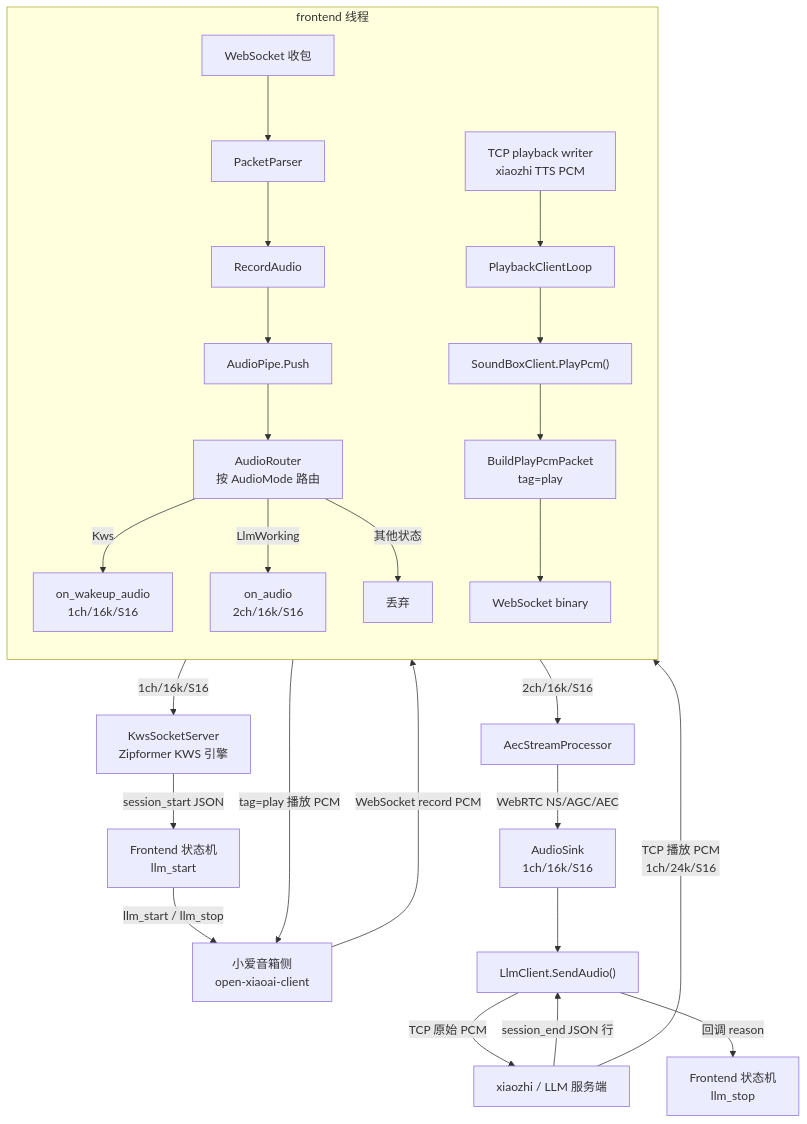
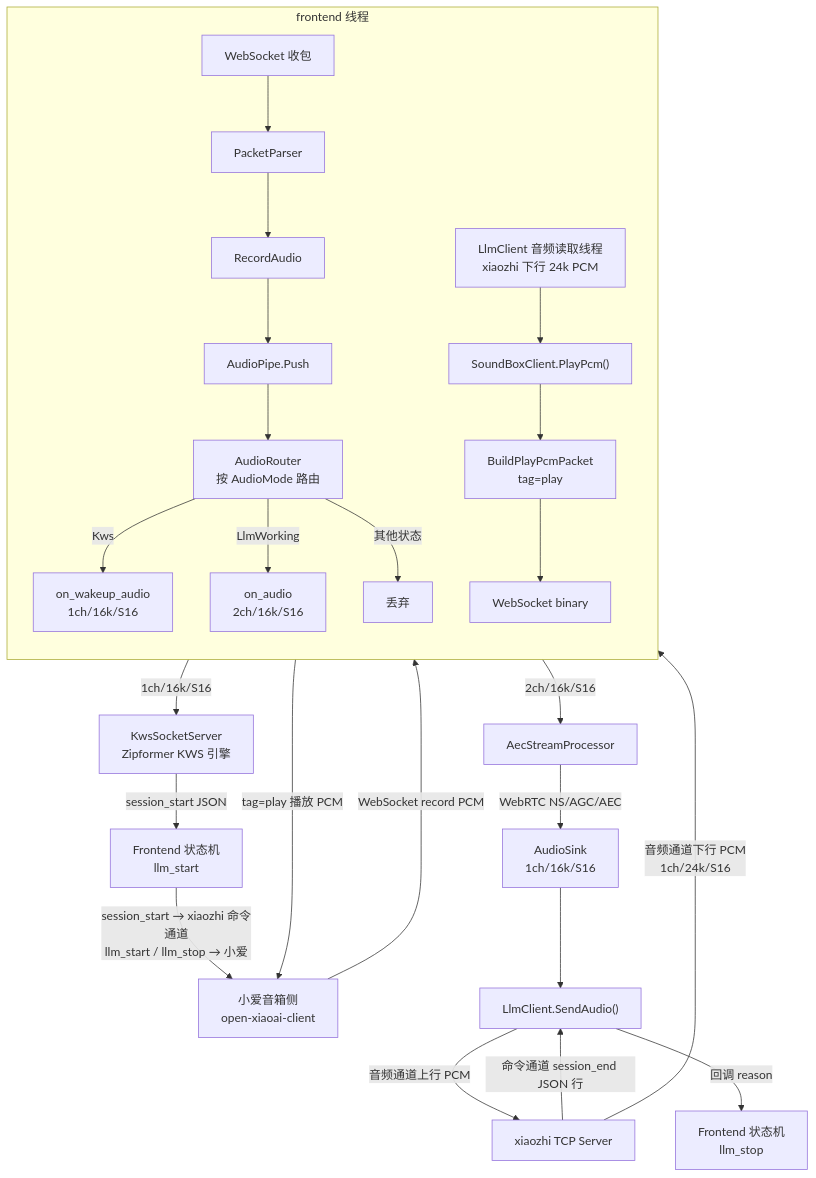
Before and after one commit to hengwu0/soundbox-server: the fifth of 5 diagrams in README.md, drawn with Mermaid. The commit also changed other lines of this file and 8 other files, not shown here.

````diff
--- a/README.md
+++ b/README.md
@@ -174,36 +172,35 @@
 ```mermaid
 flowchart TD
     OXA["小爱音箱侧<br/>open-xiaoai-client"]
-    XZ["xiaozhi / LLM 服务端"]
+    XZ["xiaozhi TCP Server"]
 
     subgraph frontend["frontend 线程"]
         direction TB
         WSIN["WebSocket 收包"] --> PP["PacketParser"]
         PP --> RA["RecordAudio"]
         RA --> AP["AudioPipe.Push"]
         AP --> AR["AudioRouter<br/>按 AudioMode 路由"]
         AR --> |"Kws"| OWA["on_wakeup_audio<br/>1ch/16k/S16"]
         AR --> |"LlmWorking"| OA["on_audio<br/>2ch/16k/S16"]
         AR --> |"其他状态"| DROP["丢弃"]
 
-        PLAYTCP["TCP playback writer<br/>xiaozhi TTS PCM"] --> PCLIENT["PlaybackClientLoop"]
-        PCLIENT --> PLAYPCM["SoundBoxClient.PlayPcm()"]
+        LLMCPLAY["LlmClient 音频读取线程<br/>xiaozhi 下行 24k PCM"] --> PLAYPCM["SoundBoxClient.PlayPcm()"]
         PLAYPCM --> BPP["BuildPlayPcmPacket<br/>tag=play"]
         BPP --> WSOUT["WebSocket binary"]
     end
 
     OXA --> |"WebSocket record PCM"| WSIN
     WSOUT --> |"tag=play 播放 PCM"| OXA
 
     OWA --> |"1ch/16k/S16"| KWSS["KwsSocketServer<br/>Zipformer KWS 引擎"]
     KWSS --> |"session_start JSON"| FSM["Frontend 状态机<br/>llm_start"]
-    FSM --> |"llm_start / llm_stop"| OXA
+    FSM --> |"session_start → xiaozhi 命令通道<br/>llm_start / llm_stop → 小爱"| OXA
 
     OA --> |"2ch/16k/S16"| AECS["AecStreamProcessor"]
     AECS --> |"WebRTC NS/AGC/AEC"| AECOUT["AudioSink<br/>1ch/16k/S16"]
     AECOUT --> LLMC["LlmClient.SendAudio()"]
-    LLMC --> |"TCP 原始 PCM"| XZ
-    XZ --> |"session_end JSON 行"| LLMC
+    LLMC --> |"音频通道上行 PCM"| XZ
+    XZ --> |"命令通道 session_end JSON 行"| LLMC
     LLMC --> |"回调 reason"| FSM2["Frontend 状态机<br/>llm_stop"]
-    XZ --> |"TCP 播放 PCM<br/>1ch/24k/S16"| PLAYTCP
+    XZ --> |"音频通道下行 PCM<br/>1ch/24k/S16"| LLMCPLAY
 ```
````
